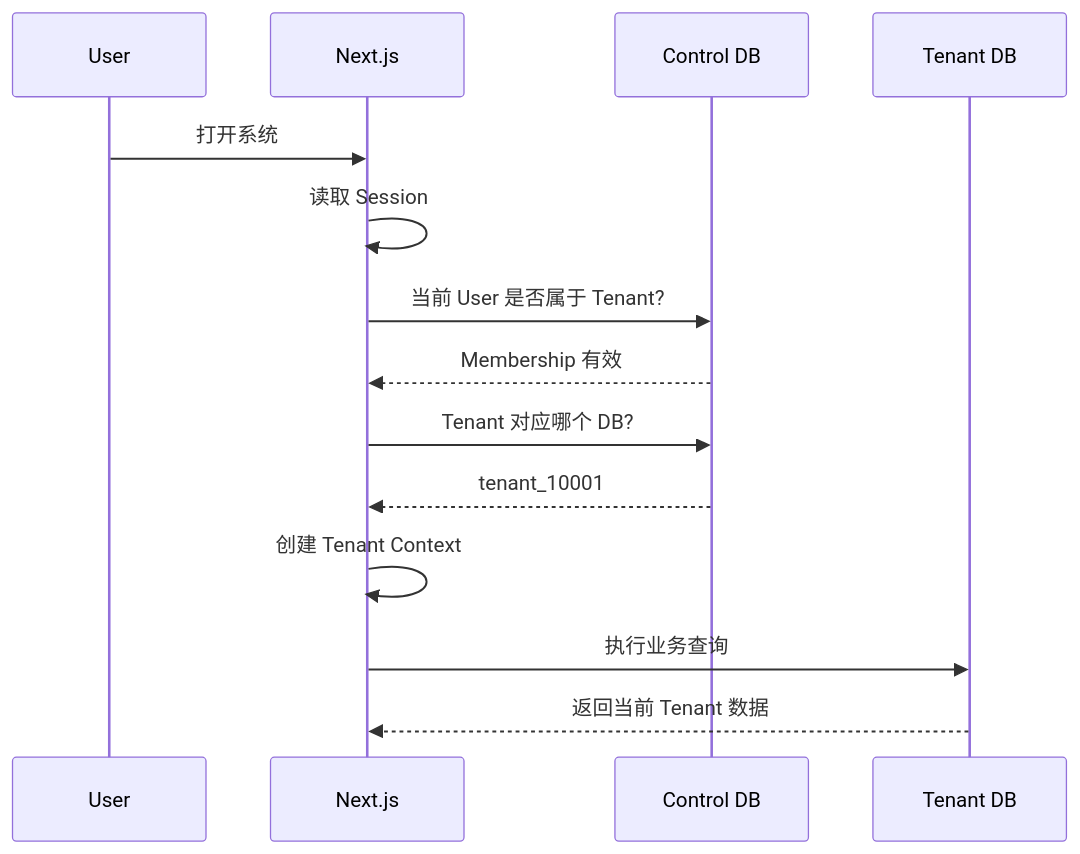
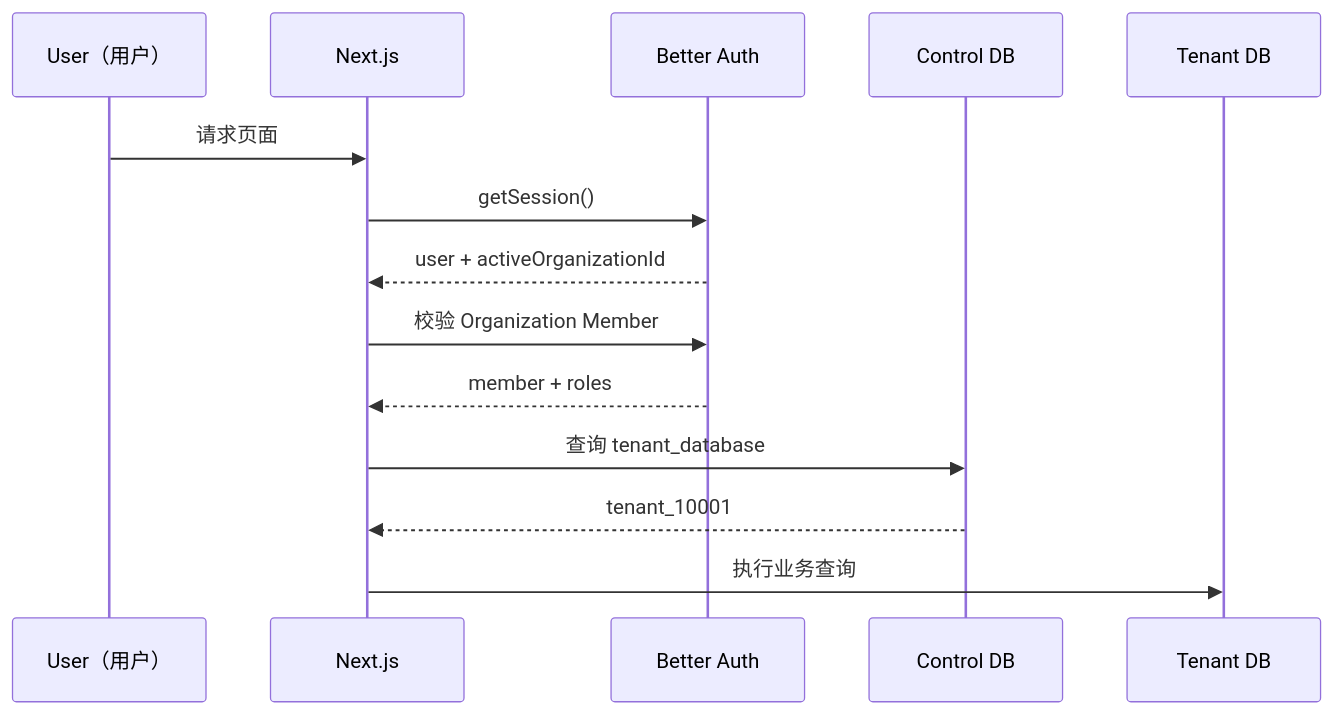
Before and after one commit to leohu25/ActivityReservation: the first of 2 diagrams in docs/SaaS_Foundation_Minimal_Learning_Guide_CN_Annotated.md, drawn with Mermaid. The commit also changed other lines of this file and 53 other files, not shown here.

````diff
--- a/docs/SaaS_Foundation_Minimal_Learning_Guide_CN_Annotated.md
+++ b/docs/SaaS_Foundation_Minimal_Learning_Guide_CN_Annotated.md
@@ -600,17 +216,17 @@
 ```mermaid
 sequenceDiagram
-    participant U as User
-    participant A as Next.js
+    participant U as User（用户）
+    participant N as Next.js
+    participant B as Better Auth
     participant C as Control DB
     participant T as Tenant DB
 
-    U->>A: 打开系统
-    A->>A: 读取 Session
-    A->>C: 当前 User 是否属于 Tenant?
-    C-->>A: Membership 有效
-    A->>C: Tenant 对应哪个 DB?
-    C-->>A: tenant_10001
-    A->>A: 创建 Tenant Context
-    A->>T: 执行业务查询
-    T-->>A: 返回当前 Tenant 数据
+    U->>N: 请求页面
+    N->>B: getSession()
+    B-->>N: user + activeOrganizationId
+    N->>B: 校验 Organization Member
+    B-->>N: member + roles
+    N->>C: 查询 tenant_database
+    C-->>N: tenant_10001
+    N->>T: 执行业务查询
 ```
````
